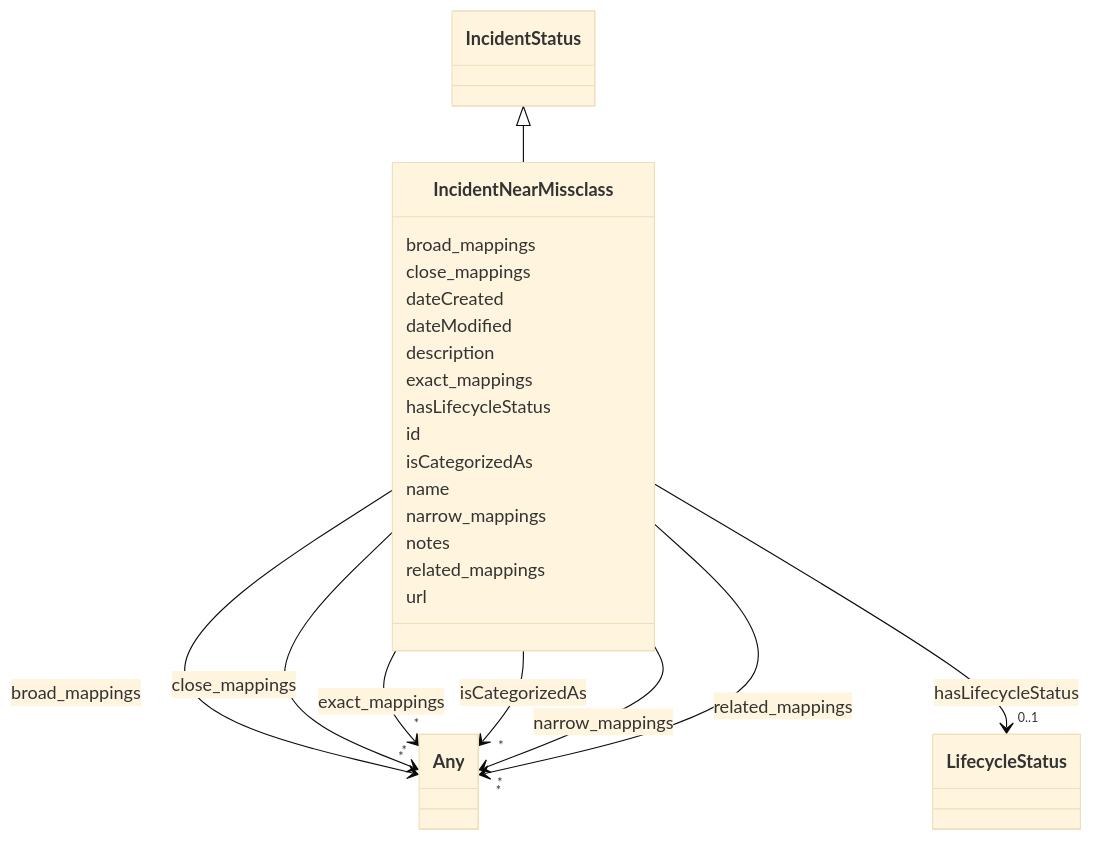
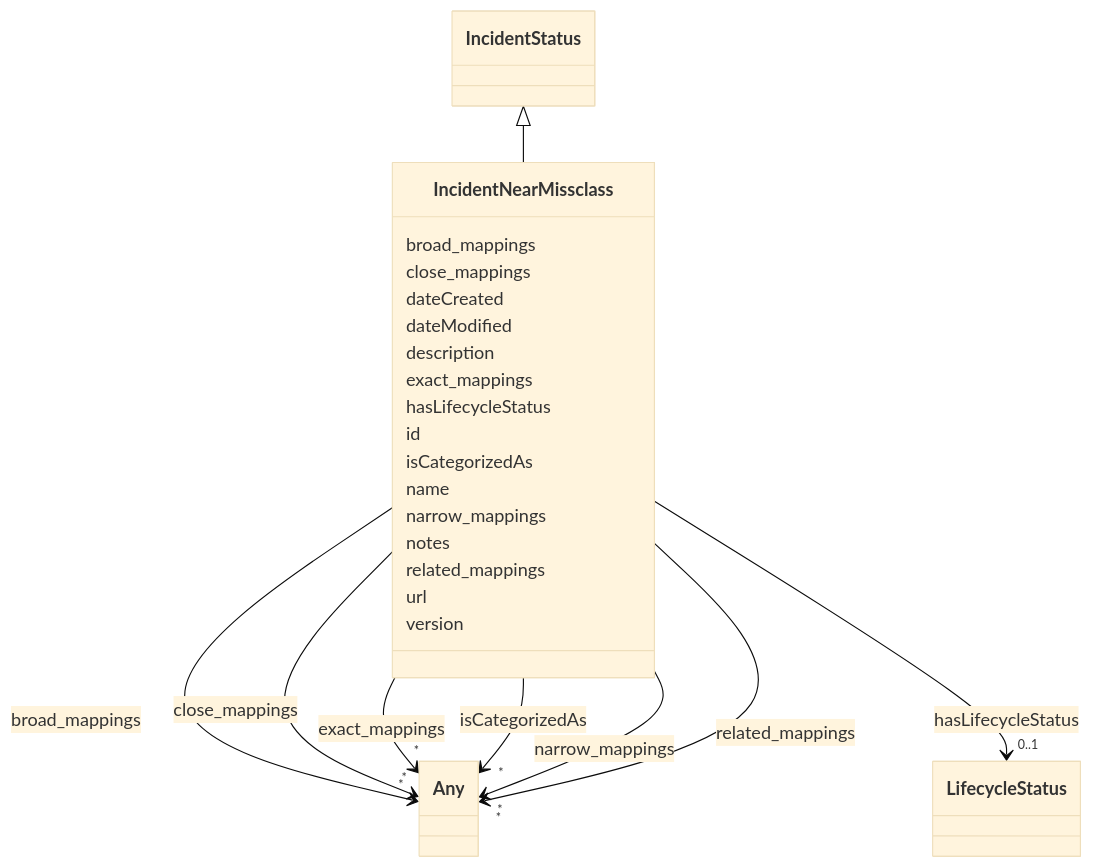
The diagram in docs/ontology/IncidentNearMissclass.md (IBM/ai-atlas-nexus), drawn with Mermaid (base theme) before and after one commit. The commit also changed other lines of this file and 101 other files, not shown here.

````diff
--- a/docs/ontology/IncidentNearMissclass.md
+++ b/docs/ontology/IncidentNearMissclass.md
@@ -107,5 +107,7 @@
 
       IncidentNearMissclass : url
 
+      IncidentNearMissclass : version
+
 
 ```
````
